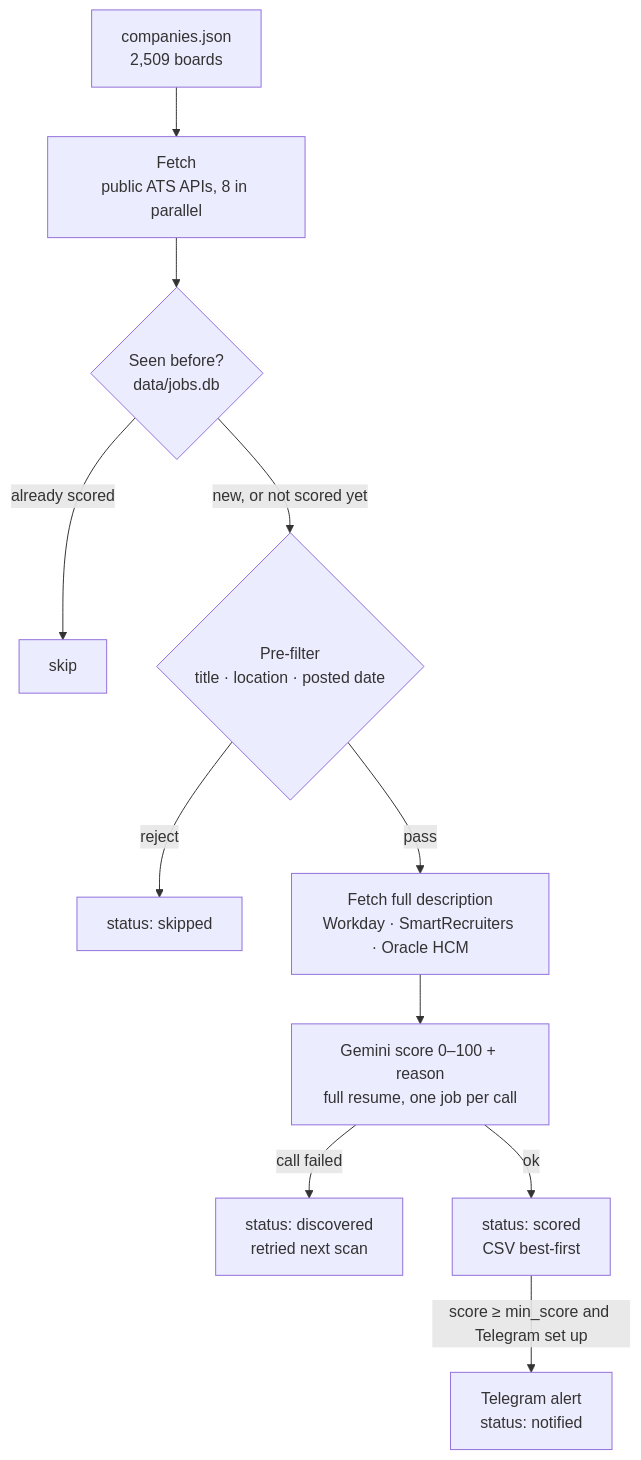
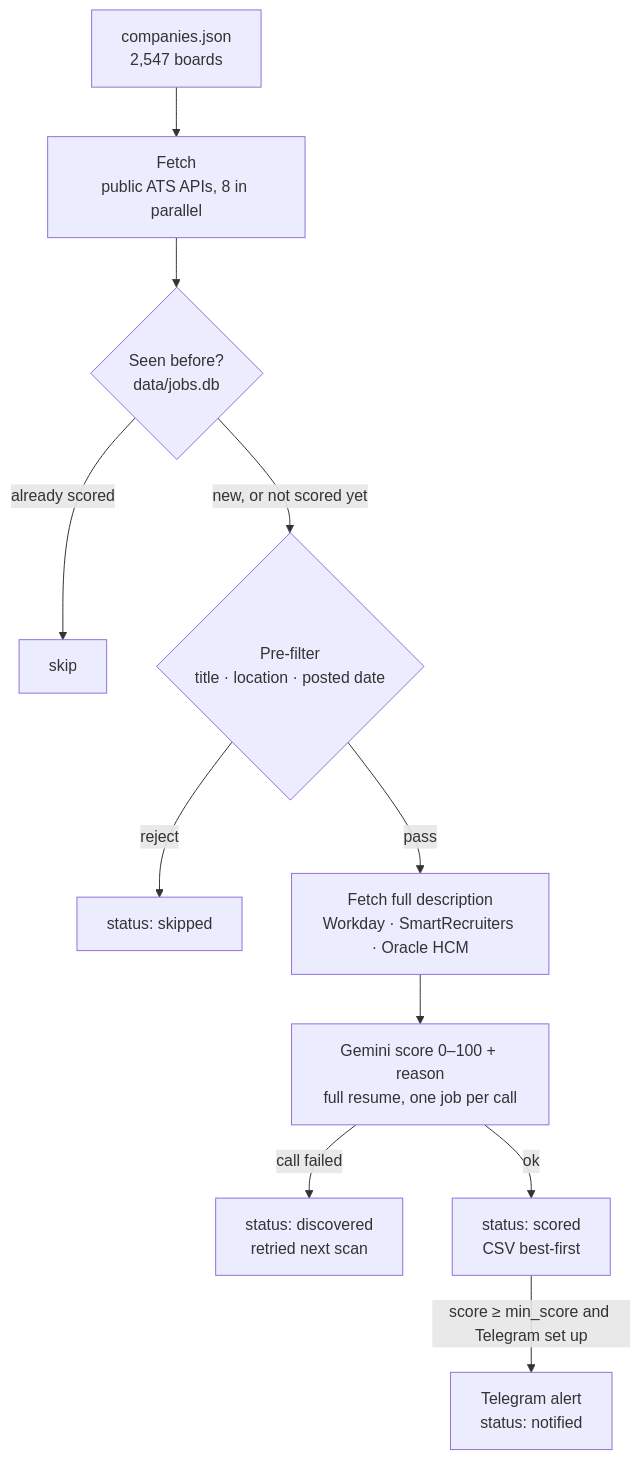
Before and after one commit to Manish814142/rolesight: the diagram in README.md, drawn with Mermaid. The commit also changed other lines of this file and 9 other files, not shown here.

First line of the commit message:
T144: 38 more companies verified on the official registers (prefix check of the 836 dropped companies with title-matching jobs); companies.json 2,547; visa records 1,712

````diff
--- a/README.md
+++ b/README.md
@@ -86,13 +86,13 @@
 ```mermaid
 flowchart TD
-    C["companies.json<br/>2,509 boards"] --> F["Fetch<br/>public ATS APIs, 8 in parallel"]
+    C["companies.json<br/>2,547 boards"] --> F["Fetch<br/>public ATS APIs, 8 in parallel"]
     F --> D{"Seen before?<br/>data/jobs.db"}
     D -- "already scored" --> X["skip"]
     D -- "new, or not scored yet" --> P{"Pre-filter<br/>title · location · posted date"}
     P -- reject --> S["status: skipped"]
     P -- pass --> E["Fetch full description<br/>Workday · SmartRecruiters · Oracle HCM"]
     E --> G["Gemini score 0–100 + reason<br/>full resume, one job per call"]
     G -- "call failed" --> R["status: discovered<br/>retried next scan"]
     G -- ok --> O["status: scored<br/>CSV best-first"]
     O -- "score ≥ min_score and Telegram set up" --> T["Telegram alert<br/>status: notified"]
 ```
````
